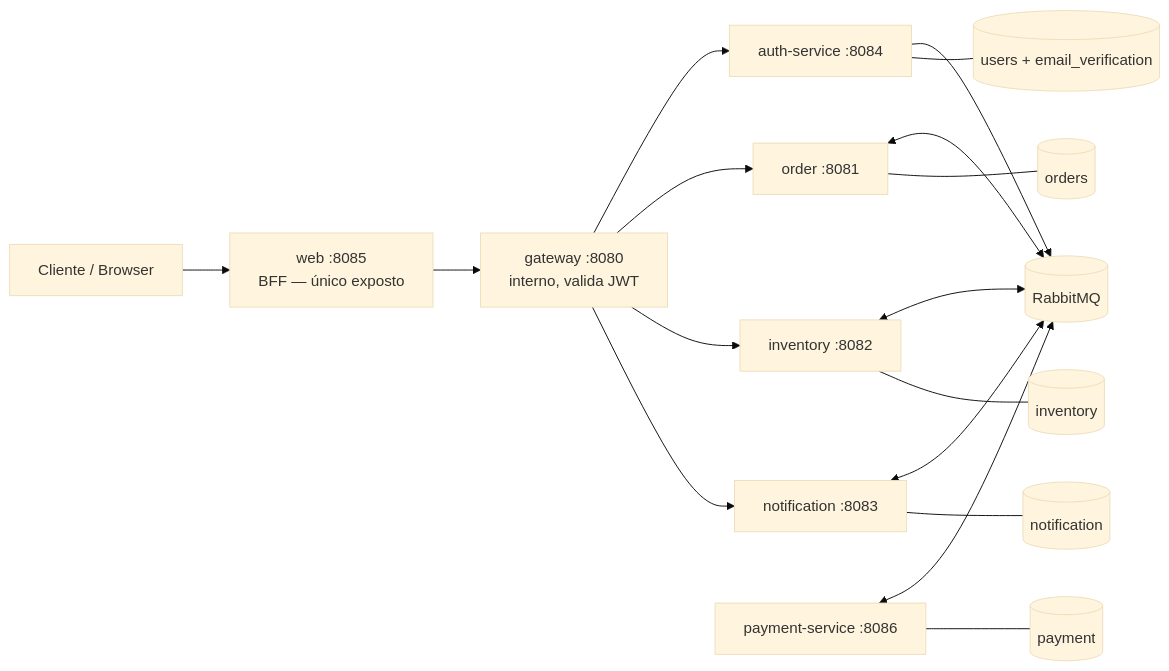
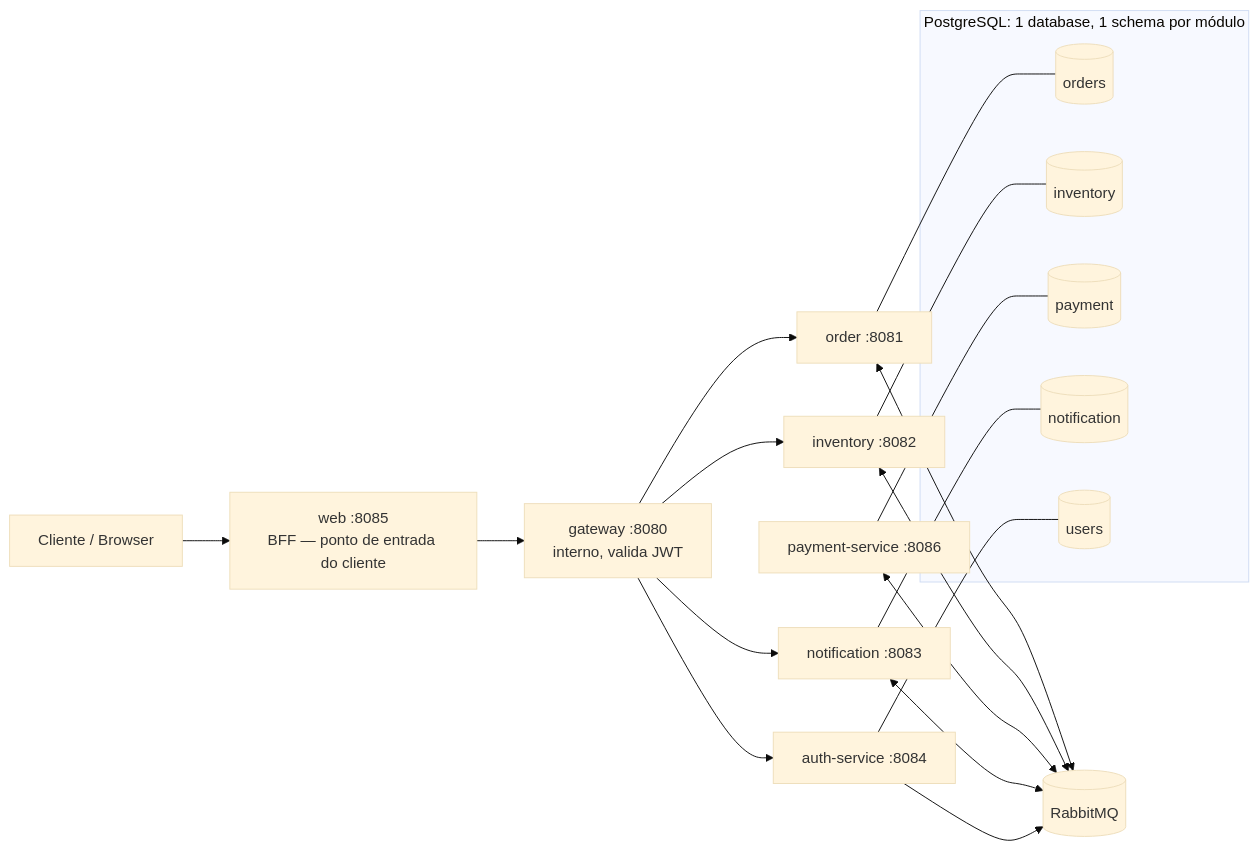
Before and after one commit to DevNic0las/order-flow: the diagram in README.md, drawn with Mermaid (base theme). The commit also changed other lines of this file and 3 other files, not shown here.

````diff
--- a/README.md
+++ b/README.md
@@ -24,22 +24,30 @@
 ```mermaid
 flowchart LR
-  Client[Cliente / Browser] --> WEB[web :8085<br/>BFF — único exposto]
+  Client[Cliente / Browser] --> WEB[web :8085<br/>BFF — ponto de entrada do cliente]
   WEB --> GW[gateway :8080<br/>interno, valida JWT]
 
   GW --> AUTH[auth-service :8084]
   GW --> ORD[order :8081]
   GW --> INV[inventory :8082]
   GW --> NOT[notification :8083]
 
   ORD <--> MQ[(RabbitMQ)]
   INV <--> MQ
   PAY[payment-service :8086] <--> MQ
   NOT <--> MQ
   AUTH --> MQ
 
-  ORD --- DB1[(orders)]
-  INV --- DB2[(inventory)]
-  PAY --- DB3[(payment)]
-  NOT --- DB4[(notification)]
-  AUTH --- DB5[(users + email_verification)]
+  subgraph PG["PostgreSQL: 1 database, 1 schema por módulo"]
+    DB_ORD[(orders)]
+    DB_INV[(inventory)]
+    DB_PAY[(payment)]
+    DB_NOT[(notification)]
+    DB_USR[(users)]
+  end
+
+  ORD --- DB_ORD
+  INV --- DB_INV
+  PAY --- DB_PAY
+  NOT --- DB_NOT
+  AUTH --- DB_USR
 ```
````
